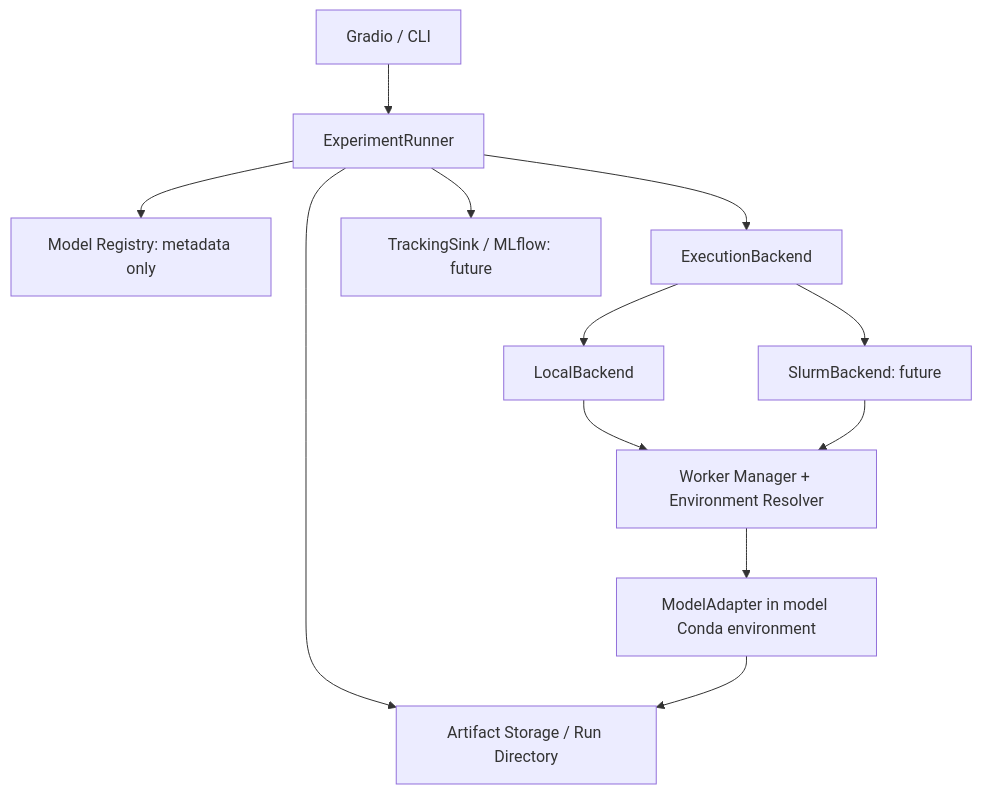
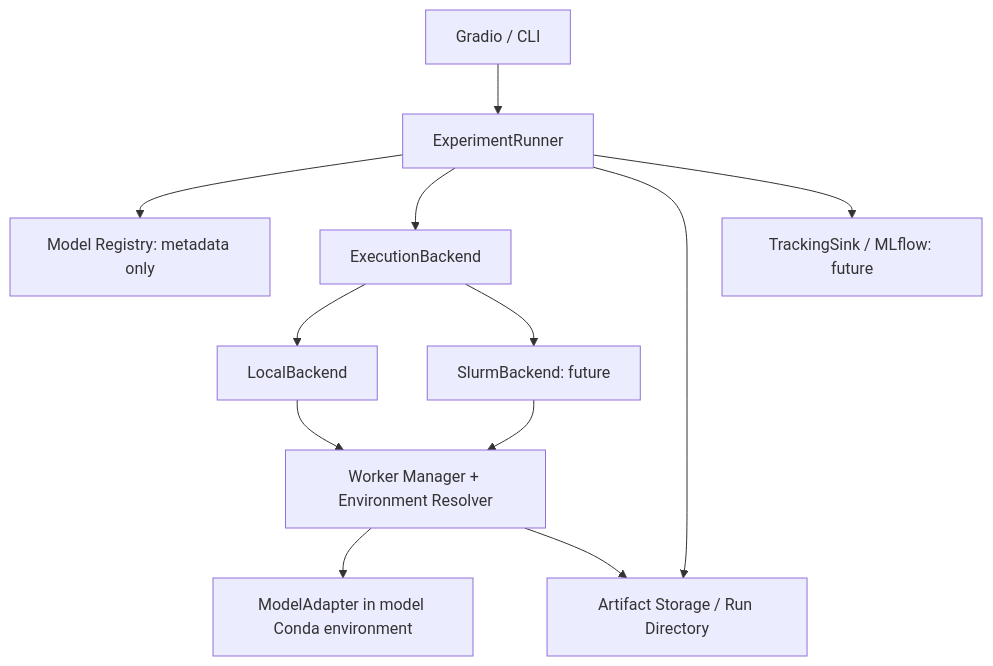
The diagram in README.md (Minoru-kuma/gradio_mde), drawn with Mermaid before and after one commit. The commit also changed other lines of this file and 31 other files, not shown here.

````diff
--- a/README.md
+++ b/README.md
@@ -55,14 +63,14 @@
 ```mermaid
 flowchart TD
     UI[Gradio / CLI] --> Runner[ExperimentRunner]
     Runner --> Registry[Model Registry: metadata only]
     Runner --> Backend[ExecutionBackend]
     Backend --> Local[LocalBackend]
     Backend --> Slurm[SlurmBackend: future]
     Local --> Worker[Worker Manager + Environment Resolver]
     Slurm --> Worker
     Worker --> Adapter[ModelAdapter in model Conda environment]
     Runner --> Store[Artifact Storage / Run Directory]
     Runner --> Tracking[TrackingSink / MLflow: future]
-    Adapter --> Store
+    Worker --> Store
 ```
````
